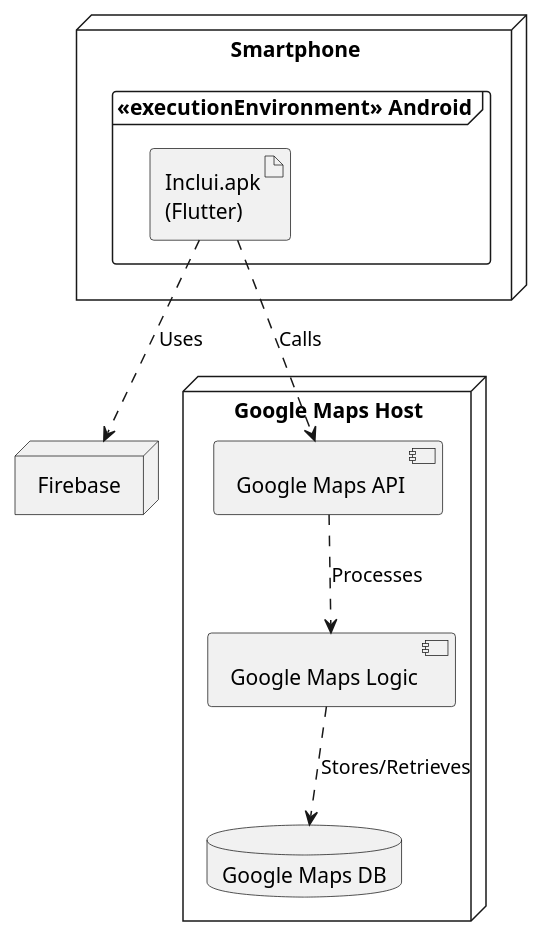
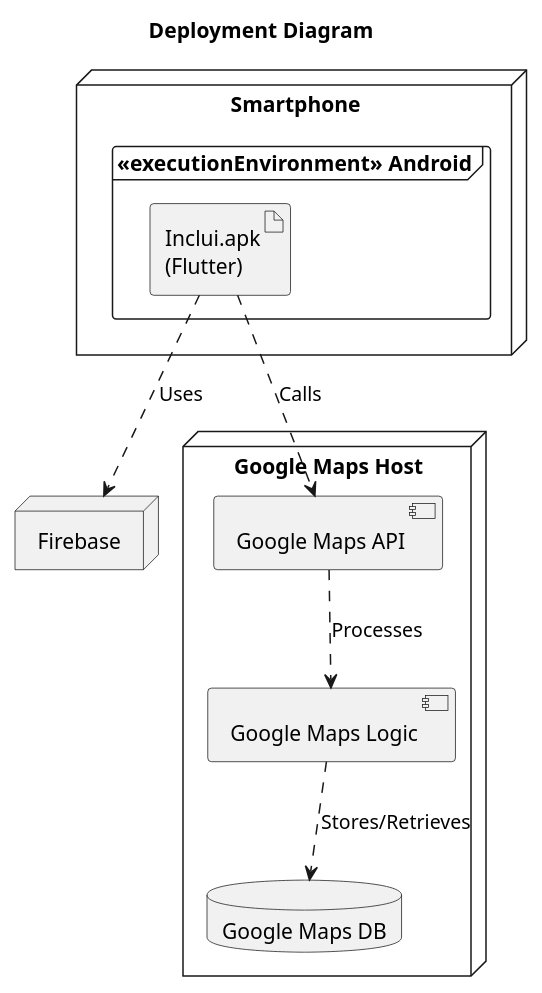
Before and after one commit to simaopsbarbosa/Inclui: the diagram in docs/uml/physicalModel.puml, drawn with PlantUML. The commit also changed 3 other files, not shown here.

Commit message:
added physicalModel uml

```diff
--- a/docs/uml/physicalModel.puml
+++ b/docs/uml/physicalModel.puml
@@ -1,23 +1,23 @@
 @startuml physicalModel
-
+title Deployment Diagram
 node "Smartphone" {
     frame "<<executionEnvironment>> Android" {
         artifact "Inclui.apk\n(Flutter)"
     }
 }
 
 node "Firebase"
 
 node "Google Maps Host" {
     component "Google Maps API"
     component "Google Maps Logic"
     database "Google Maps DB"
 }
 
 ' Connections
 "Inclui.apk\n(Flutter)" ..> "Firebase" : Uses
 "Inclui.apk\n(Flutter)" ..> "Google Maps API" : Calls
 "Google Maps API" ..> "Google Maps Logic" : Processes
 "Google Maps Logic" ..> "Google Maps DB" : Stores/Retrieves
 
 @enduml
```
